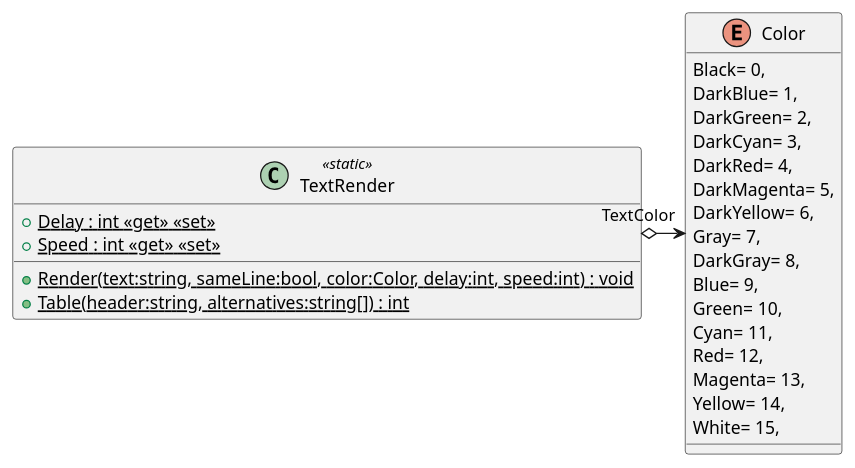
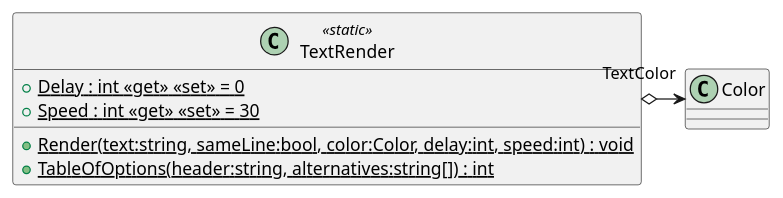
One commit to AlbinWalleniusWoxnerud/Prog2 changed the diagram in project/plantuml/docs/out/TextRender/render.puml. Above: the diagram before and after it, drawn with PlantUML. The commit also changed 55 other files, not shown here.

```diff
--- a/project/plantuml/docs/out/TextRender/render.puml
+++ b/project/plantuml/docs/out/TextRender/render.puml
@@ -1,27 +1,9 @@
 @startuml
 class TextRender <<static>> {
     + {static} Render(text:string, sameLine:bool, color:Color, delay:int, speed:int) : void
-    + {static} Table(header:string, alternatives:string[]) : int
-    + {static} Delay : int <<get>> <<set>>
-    + {static} Speed : int <<get>> <<set>>
-}
-enum Color {
-    Black= 0,
-    DarkBlue= 1,
-    DarkGreen= 2,
-    DarkCyan= 3,
-    DarkRed= 4,
-    DarkMagenta= 5,
-    DarkYellow= 6,
-    Gray= 7,
-    DarkGray= 8,
-    Blue= 9,
-    Green= 10,
-    Cyan= 11,
-    Red= 12,
-    Magenta= 13,
-    Yellow= 14,
-    White= 15,
+    + {static} Delay : int <<get>> <<set>> = 0
+    + {static} Speed : int <<get>> <<set>> = 30
+    + {static} TableOfOptions(header:string, alternatives:string[]) : int
 }
 TextRender o-> "TextColor" Color
 @enduml
```
